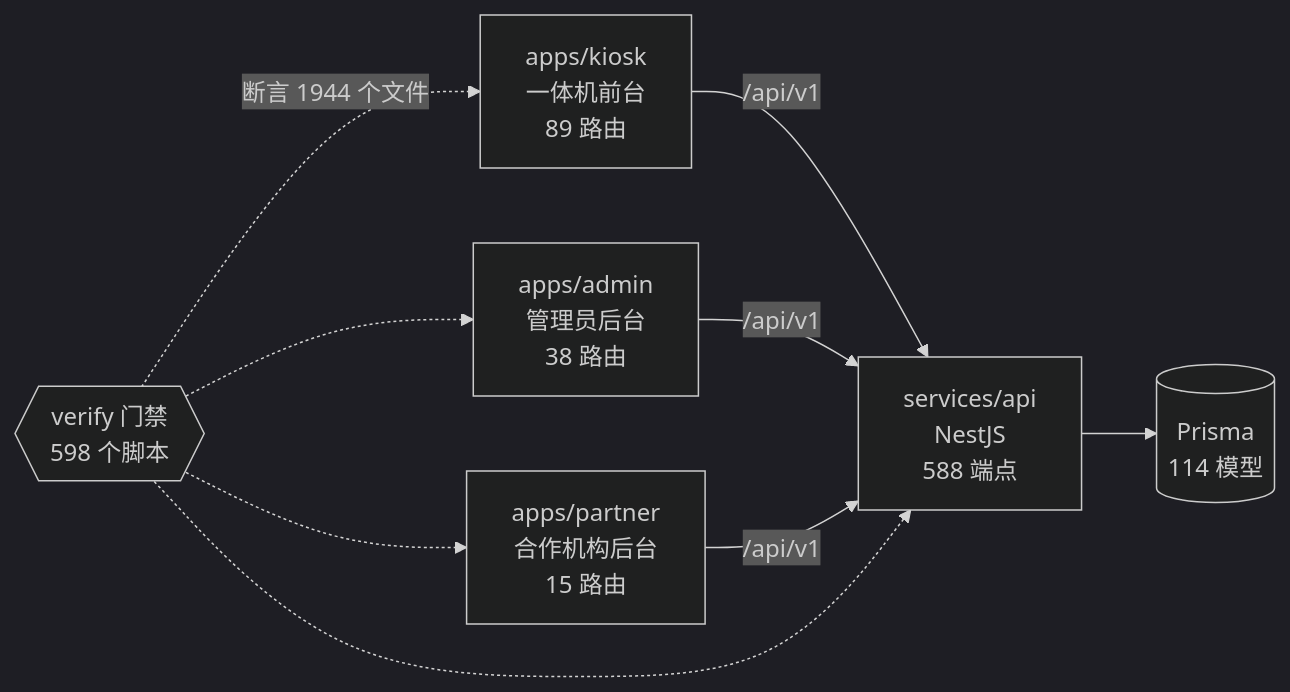
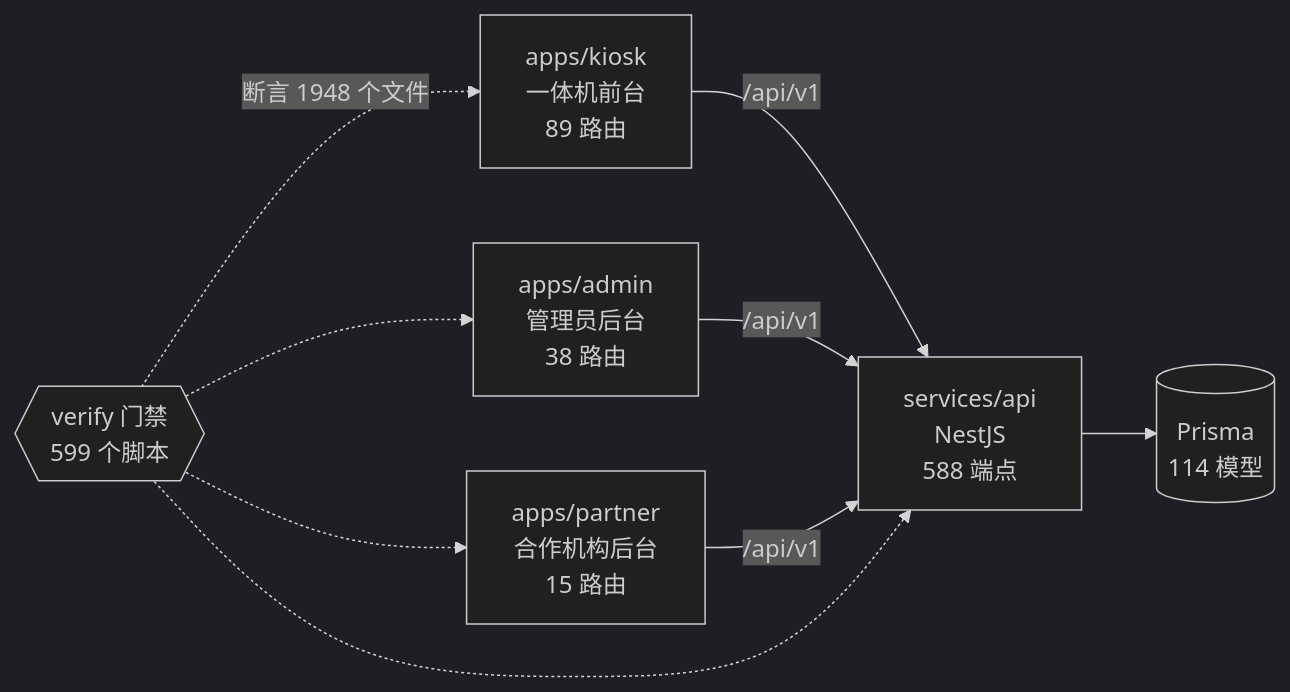
One commit to wanglei581/YITIJI changed the diagram in docs/graph/README.md. Above: the diagram before and after it, drawn with Mermaid (dark theme). The commit also changed other lines of this file and 3 other files, not shown here.

Commit message:
docs(progress): 记录系统键盘共享层；重生图谱

````diff
--- a/docs/graph/README.md
+++ b/docs/graph/README.md
@@ -68,18 +68,18 @@
 ```mermaid
 flowchart LR
   kiosk["apps/kiosk<br/>一体机前台<br/>89 路由"]
   admin["apps/admin<br/>管理员后台<br/>38 路由"]
   partner["apps/partner<br/>合作机构后台<br/>15 路由"]
   api["services/api<br/>NestJS<br/>588 端点"]
   db[("Prisma<br/>114 模型")]
-  gates{{"verify 门禁<br/>598 个脚本"}}
+  gates{{"verify 门禁<br/>599 个脚本"}}
 
   kiosk -->|"/api/v1"| api
   admin -->|"/api/v1"| api
   partner -->|"/api/v1"| api
   api --> db
-  gates -.->|"断言 1944 个文件"| kiosk
+  gates -.->|"断言 1948 个文件"| kiosk
   gates -.-> admin
   gates -.-> partner
   gates -.-> api
 ```
````
